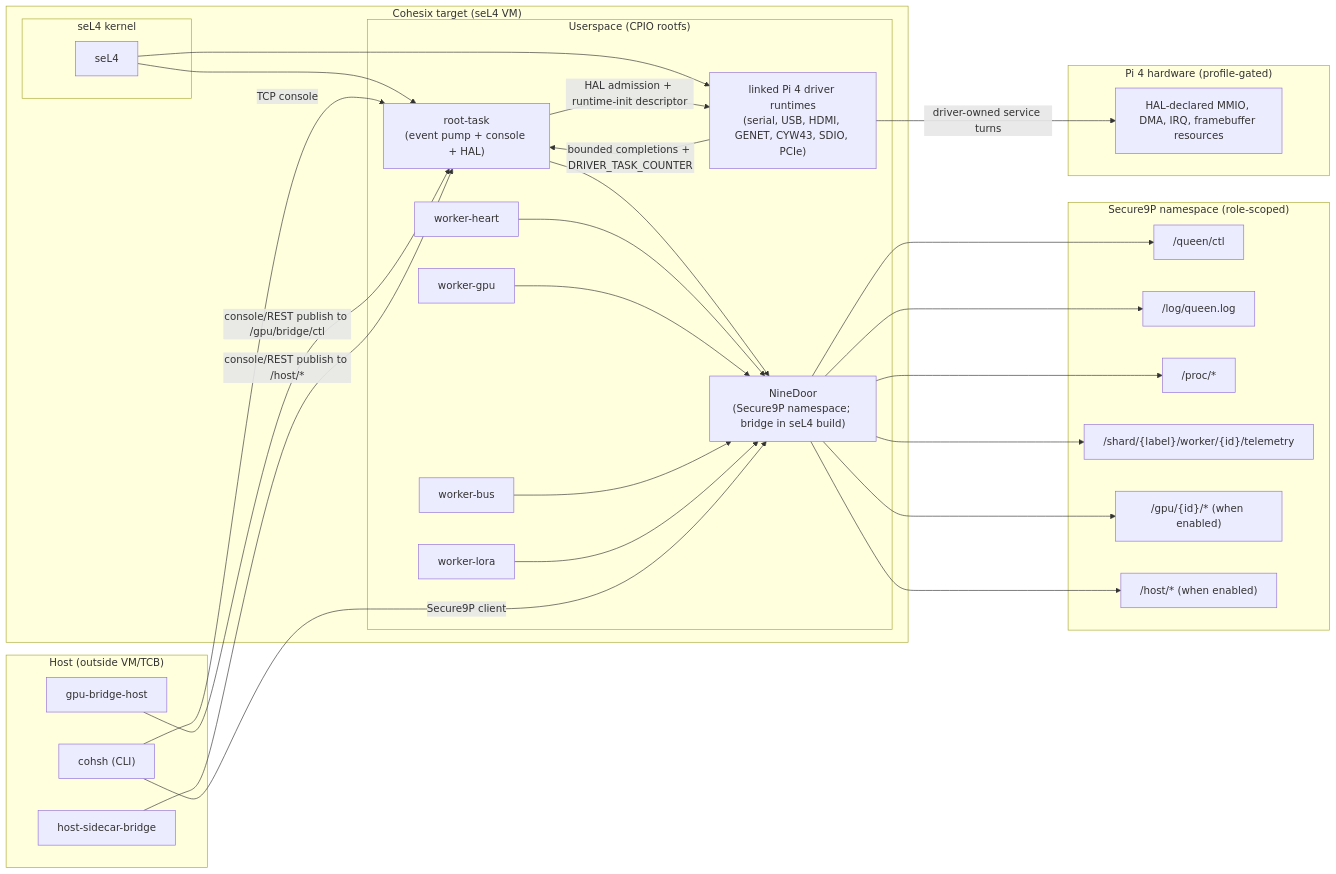
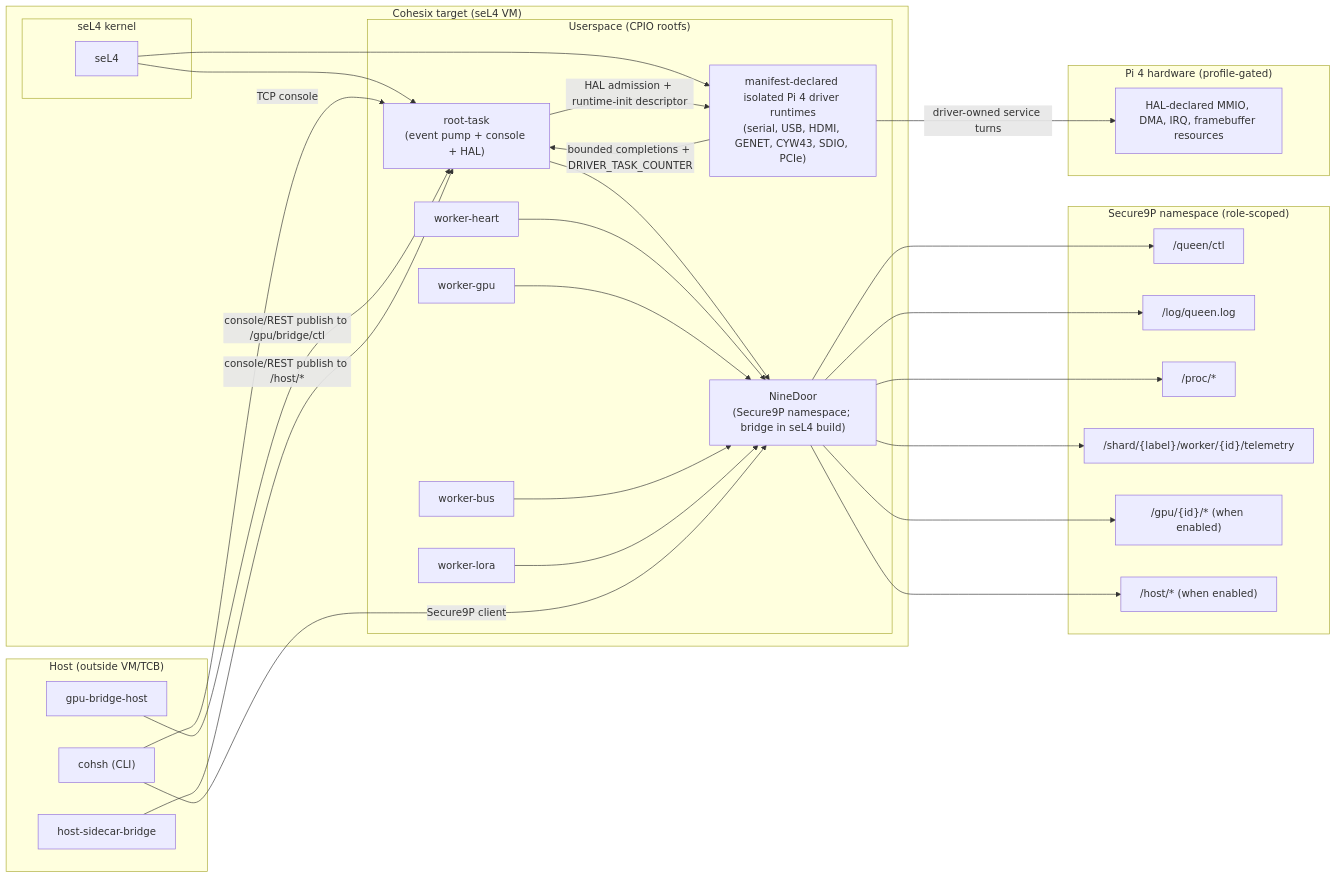
Before and after one commit to lukeb-aidev/cohesix: the second of 6 diagrams in docs/ARCHITECTURE.md, drawn with Mermaid. The commit also changed other lines of this file and 53 other files, not shown here.

Commit message:
Align docs, codegen, and tests with build charter

````diff
--- a/docs/ARCHITECTURE.md
+++ b/docs/ARCHITECTURE.md
@@ -213,58 +213,58 @@
 ```mermaid
 flowchart LR
   subgraph Host["Host (outside VM/TCB)"]
     Cohsh["cohsh (CLI)"]
     GPUB["gpu-bridge-host"]
     HS["host-sidecar-bridge"]
   end
 
   subgraph VM["Cohesix target (seL4 VM)"]
     subgraph K["seL4 kernel"]
       SEL4["seL4"]
     end
     subgraph U["Userspace (CPIO rootfs)"]
       RT["root-task\n(event pump + console + HAL)"]
-      DRT["linked Pi 4 driver runtimes\n(serial, USB, HDMI, GENET, CYW43, SDIO, PCIe)"]
+      DRT["manifest-declared isolated Pi 4 driver runtimes\n(serial, USB, HDMI, GENET, CYW43, SDIO, PCIe)"]
       ND["NineDoor\n(Secure9P namespace; bridge in seL4 build)"]
       WH["worker-heart"]
       WG["worker-gpu"]
       WB["worker-bus"]
       WL["worker-lora"]
     end
   end
 
   subgraph NS["Secure9P namespace (role-scoped)"]
     QCTL["/queen/ctl"]
     LOG["/log/queen.log"]
     PROC["/proc/*"]
     TEL["/shard/{label}/worker/{id}/telemetry"]
     GPU["/gpu/{id}/* (when enabled)"]
     HOST["/host/* (when enabled)"]
   end
 
   subgraph HW["Pi 4 hardware (profile-gated)"]
     DEV["HAL-declared MMIO, DMA, IRQ, framebuffer resources"]
   end
 
   SEL4 --> RT
   SEL4 --> DRT
   RT -->|"HAL admission + runtime-init descriptor"| DRT
   DRT -->|"bounded completions + DRIVER_TASK_COUNTER"| RT
   DRT -->|"driver-owned service turns"| DEV
   RT --> ND
   WH --> ND
   WG --> ND
   WB --> ND
   WL --> ND
   ND --> QCTL
   ND --> LOG
   ND --> PROC
   ND --> TEL
   ND --> GPU
   ND --> HOST
 
   Cohsh -->|"TCP console"| RT
   Cohsh -->|"Secure9P client"| ND
   GPUB -->|"console/REST publish to /gpu/bridge/ctl"| RT
   HS -->|"console/REST publish to /host/*"| RT
 ```
````
